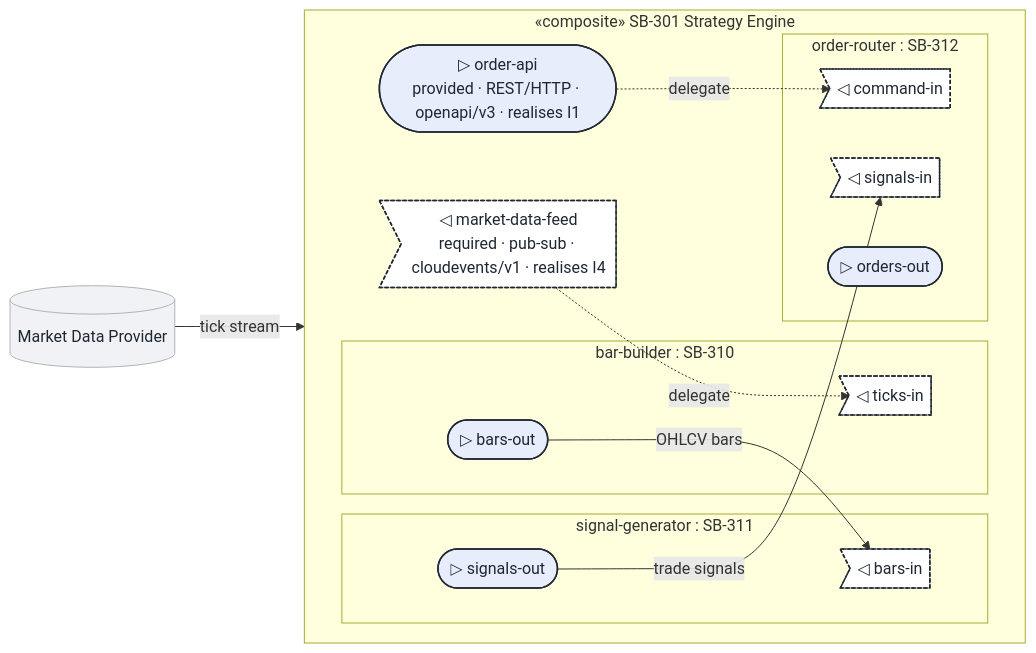
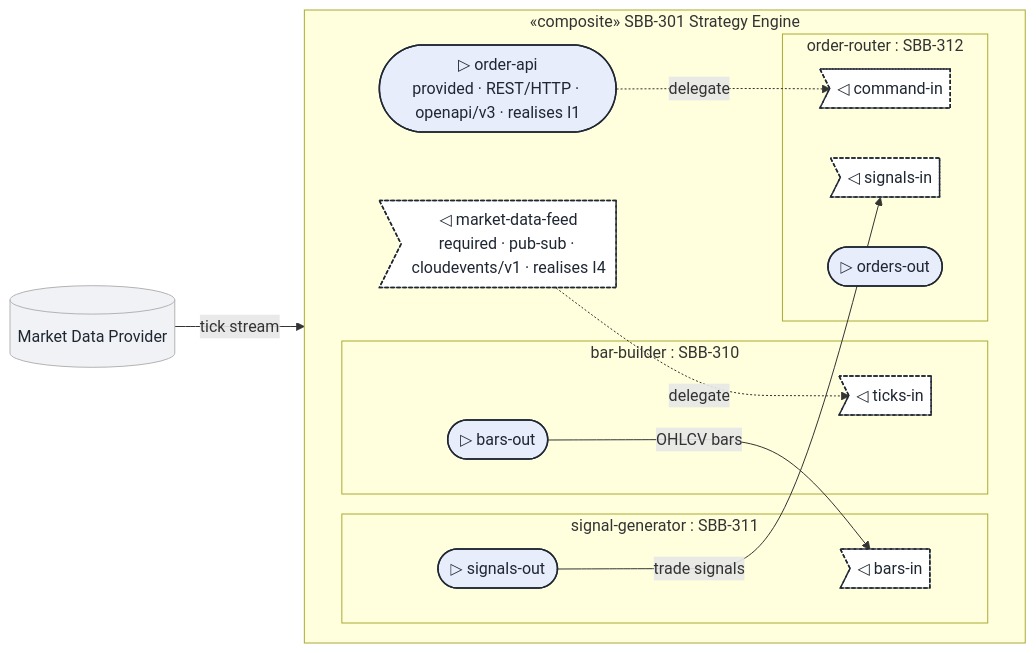
The second of 3 diagrams in standards/building-blocks/solution-building-blocks/standard-sbb-diagram.md (dermot-obrien/ai-assisted-architecture), drawn with Mermaid before and after one commit. The commit also changed other lines of this file and 15 other files, not shown here.

````diff
--- a/standards/building-blocks/solution-building-blocks/standard-sbb-diagram.md
+++ b/standards/building-blocks/solution-building-blocks/standard-sbb-diagram.md
@@ -160,35 +160,35 @@
 ```mermaid
 flowchart LR
     md[("Market Data Provider")]:::external
 
-    subgraph SB["«composite» SB-301 Strategy Engine"]
+    subgraph SB["«composite» SBB-301 Strategy Engine"]
         direction LR
         order-api(["▷ order-api<br/>provided · REST/HTTP · openapi/v3 · realises I1"]):::provided
         market-data-feed>"◁ market-data-feed<br/>required · pub-sub · cloudevents/v1 · realises I4"]:::required
 
-        subgraph bar-builder["bar-builder : SB-310"]
+        subgraph bar-builder["bar-builder : SBB-310"]
             bar-builder_ticks-in>"◁ ticks-in"]:::required
             bar-builder_bars-out(["▷ bars-out"]):::provided
         end
-        subgraph signal-generator["signal-generator : SB-311"]
+        subgraph signal-generator["signal-generator : SBB-311"]
             signal-generator_bars-in>"◁ bars-in"]:::required
             signal-generator_signals-out(["▷ signals-out"]):::provided
         end
-        subgraph order-router["order-router : SB-312"]
+        subgraph order-router["order-router : SBB-312"]
             order-router_command-in>"◁ command-in"]:::required
             order-router_signals-in>"◁ signals-in"]:::required
             order-router_orders-out(["▷ orders-out"]):::provided
         end
     end
 
     md -->|tick stream| market-data-feed
     market-data-feed -. delegate .-> bar-builder_ticks-in
     order-api -. delegate .-> order-router_command-in
     bar-builder_bars-out -->|"OHLCV bars"| signal-generator_bars-in
     signal-generator_signals-out -->|"trade signals"| order-router_signals-in
 
     classDef provided fill:#E8EDFB,stroke:#1F2733,stroke-width:1.5px,color:#1F2733;
     classDef required fill:#FFFFFF,stroke:#1F2733,stroke-width:1.5px,color:#1F2733,stroke-dasharray:4 2;
     classDef part fill:#FFFFFF,stroke:#999999,color:#1F2733;
     classDef external fill:#F0F2F5,stroke:#B3B3B3,color:#1F2733;
 ```
````
